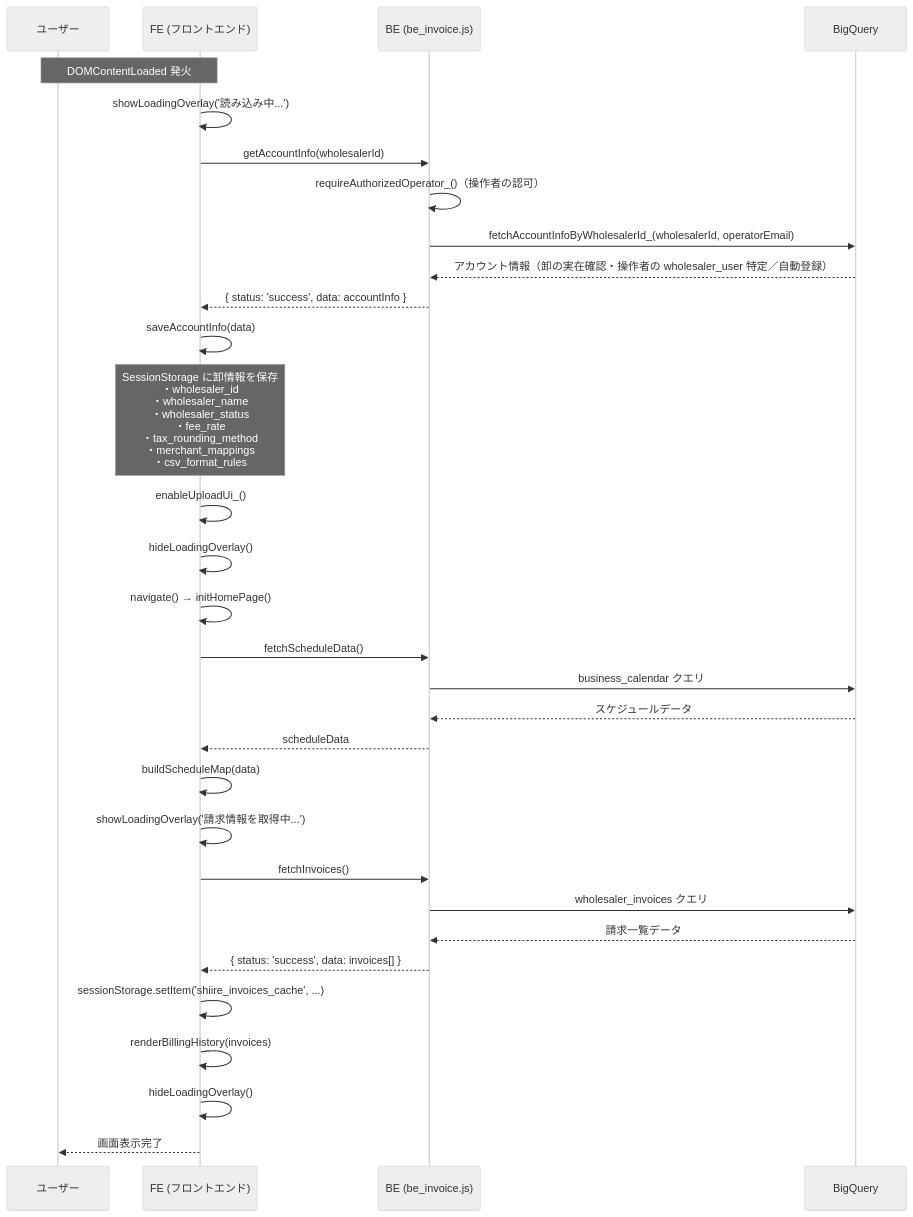
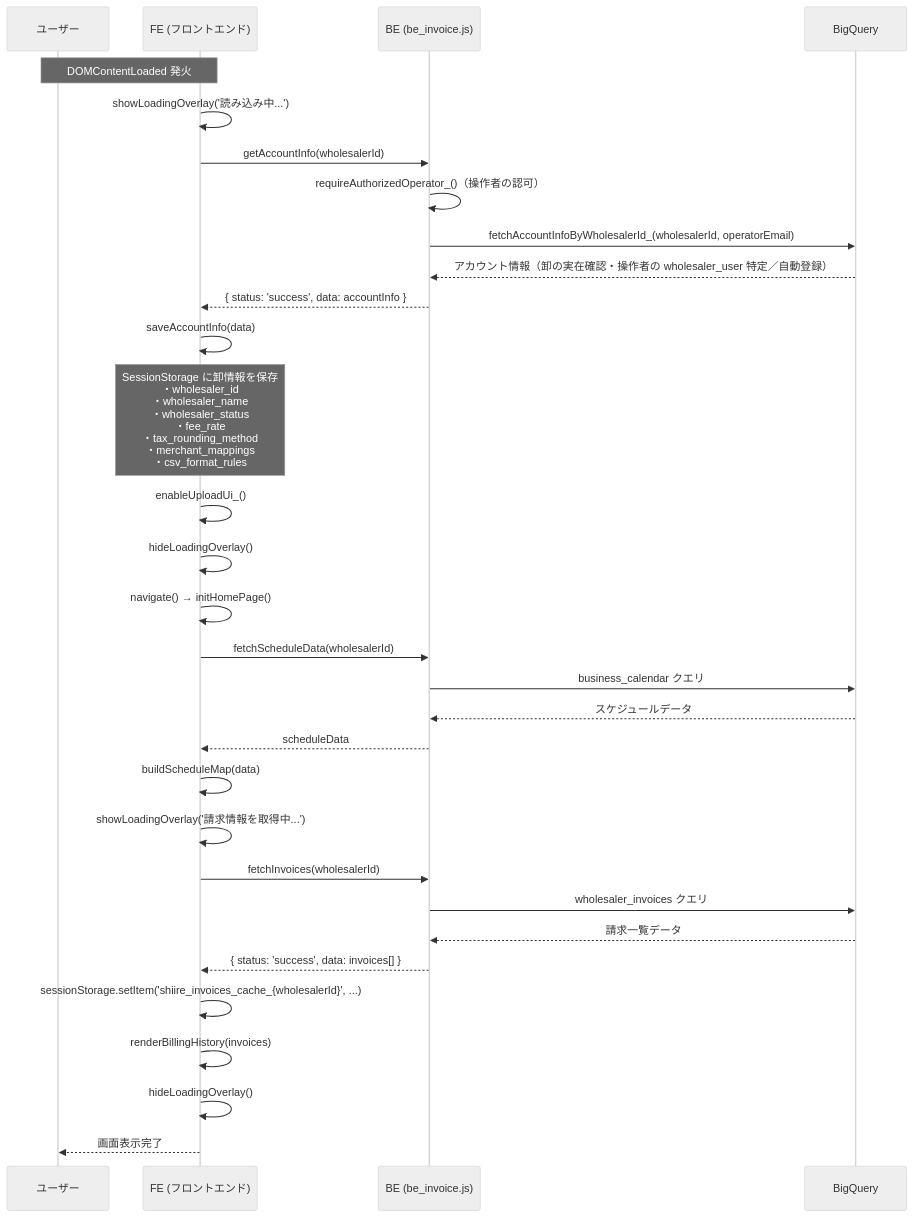
One commit to USEN-PAY-Products/connect-wholesale-gas-poc changed the second of 6 diagrams in docs/specifications/01_top_page.md. Above: the diagram before and after it, drawn with Mermaid (neutral theme). The commit also changed other lines of this file and 8 other files, not shown here.

````diff
--- a/docs/specifications/01_top_page.md
+++ b/docs/specifications/01_top_page.md
@@ -94,38 +94,38 @@
 ```mermaid
 sequenceDiagram
     participant U as ユーザー
     participant FE as FE (フロントエンド)
     participant BE as BE (be_invoice.js)
     participant BQ as BigQuery
 
     Note over U,FE: DOMContentLoaded 発火
     FE->>FE: showLoadingOverlay('読み込み中...')
     FE->>BE: getAccountInfo(wholesalerId)
     BE->>BE: requireAuthorizedOperator_()（操作者の認可）
     BE->>BQ: fetchAccountInfoByWholesalerId_(wholesalerId, operatorEmail)
     BQ-->>BE: アカウント情報（卸の実在確認・操作者の wholesaler_user 特定／自動登録）
     BE-->>FE: { status: 'success', data: accountInfo }
 
     FE->>FE: saveAccountInfo(data)
     Note over FE: SessionStorage に卸情報を保存<br/>・wholesaler_id<br/>・wholesaler_name<br/>・wholesaler_status<br/>・fee_rate<br/>・tax_rounding_method<br/>・merchant_mappings<br/>・csv_format_rules
     FE->>FE: enableUploadUi_()
     FE->>FE: hideLoadingOverlay()
     FE->>FE: navigate() → initHomePage()
 
-    FE->>BE: fetchScheduleData()
+    FE->>BE: fetchScheduleData(wholesalerId)
     BE->>BQ: business_calendar クエリ
     BQ-->>BE: スケジュールデータ
     BE-->>FE: scheduleData
     FE->>FE: buildScheduleMap(data)
 
     FE->>FE: showLoadingOverlay('請求情報を取得中...')
-    FE->>BE: fetchInvoices()
+    FE->>BE: fetchInvoices(wholesalerId)
     BE->>BQ: wholesaler_invoices クエリ
     BQ-->>BE: 請求一覧データ
     BE-->>FE: { status: 'success', data: invoices[] }
 
-    FE->>FE: sessionStorage.setItem('shiire_invoices_cache', ...)
+    FE->>FE: sessionStorage.setItem('shiire_invoices_cache_{wholesalerId}', ...)
     FE->>FE: renderBillingHistory(invoices)
     FE->>FE: hideLoadingOverlay()
     FE-->>U: 画面表示完了
 ```
````
